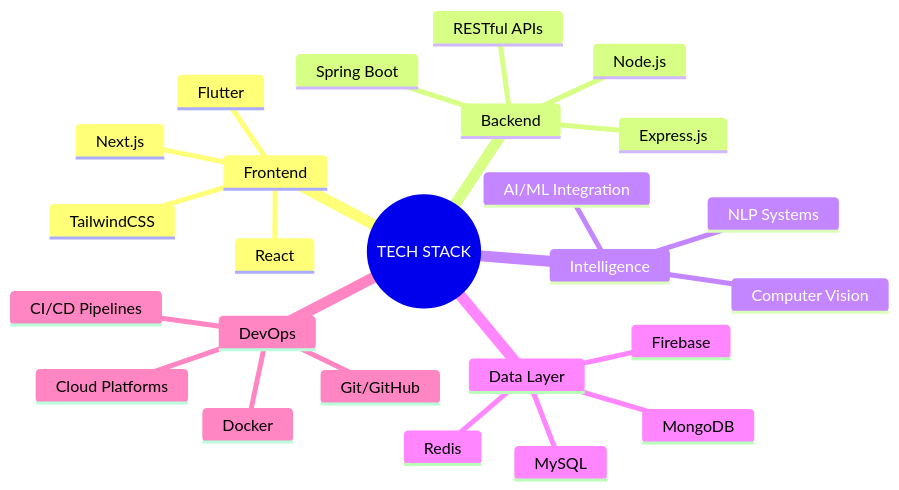
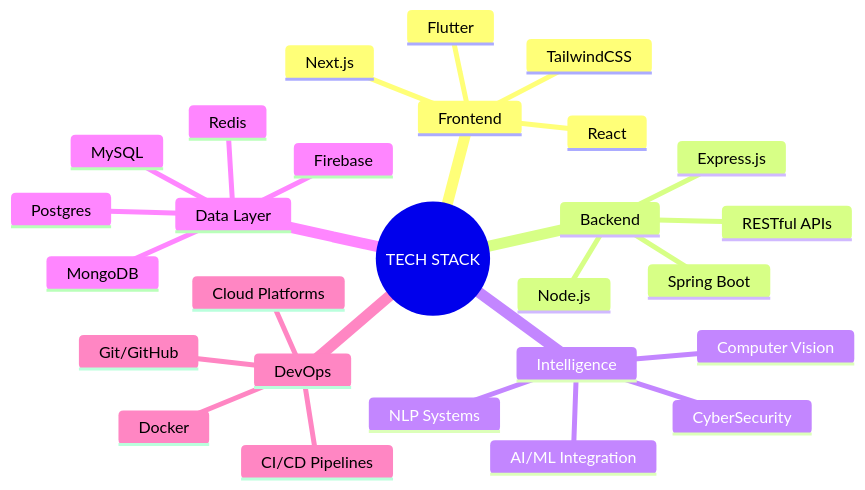
Before and after one commit to Daudicode12/Daudicode12: the diagram in README.md, drawn with Mermaid. The commit also changed other lines of this file, not shown here.

````diff
--- a/README.md
+++ b/README.md
@@ -43,28 +43,30 @@
 ```mermaid
 mindmap
   root((TECH STACK))
     Frontend
       React
       Flutter
       Next.js
       TailwindCSS
     Backend
       Node.js
       Express.js
       Spring Boot
       RESTful APIs
     Intelligence
       AI/ML Integration
       NLP Systems
       Computer Vision
+      CyberSecurity
     Data Layer
       MySQL
       MongoDB
       Firebase
       Redis
+      Postgres
     DevOps
       Git/GitHub
       Docker
       Cloud Platforms
       CI/CD Pipelines
 ```
````
